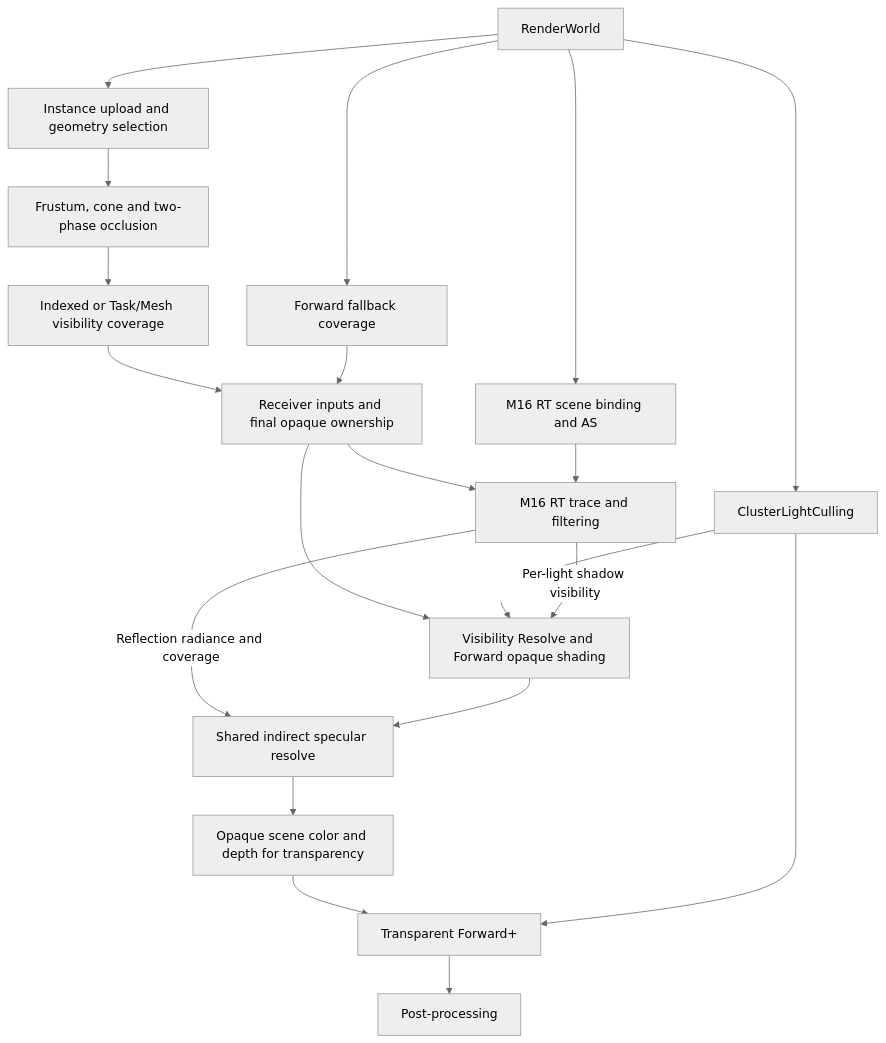
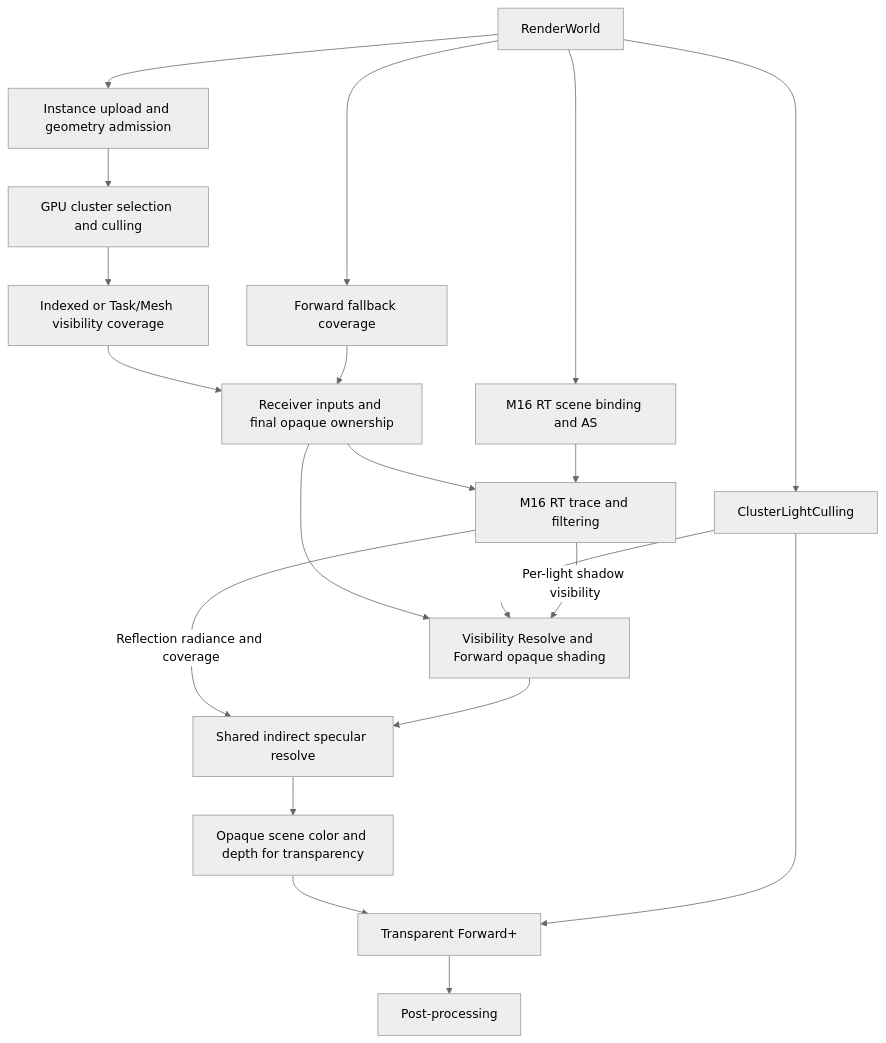
The diagram in docs/milestones/MILESTONE_17_GEOMETRY_VISIBILITY/ARCHITECTURE.md (nguyenphong0210/AxleEngine), drawn with Mermaid (neutral theme) before and after one commit. The commit also changed other lines of this file and 1 other file, not shown here.

Commit message:
docs(m17): close resident geometry planning gaps

````diff
--- a/docs/milestones/MILESTONE_17_GEOMETRY_VISIBILITY/ARCHITECTURE.md
+++ b/docs/milestones/MILESTONE_17_GEOMETRY_VISIBILITY/ARCHITECTURE.md
@@ -49,23 +53,23 @@
 ```mermaid
 flowchart TD
     W[RenderWorld]
-    W --> U[Instance upload and geometry selection]
-    U --> C[Frustum, cone and two-phase occlusion]
+    W --> U[Instance upload and geometry admission]
+    U --> C[GPU cluster selection and culling]
     C --> V[Indexed or Task/Mesh visibility coverage]
     W --> F[Forward fallback coverage]
     V --> R[Receiver inputs and final opaque ownership]
     F --> R
     W --> L[ClusterLightCulling]
     W --> A[M16 RT scene binding and AS]
     R --> T[M16 RT trace and filtering]
     A --> T
     R --> S[Visibility Resolve and Forward opaque shading]
     L --> S
     T -->|Per-light shadow visibility| S
     T -->|Reflection radiance and coverage| I[Shared indirect specular resolve]
     S --> I
     I --> O[Opaque scene color and depth for transparency]
     O --> P[Transparent Forward+]
     L --> P
     P --> X[Post-processing]
 ```
````
